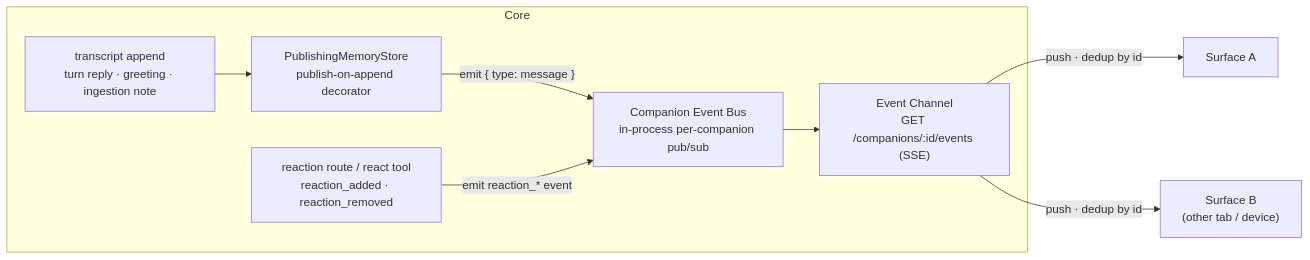
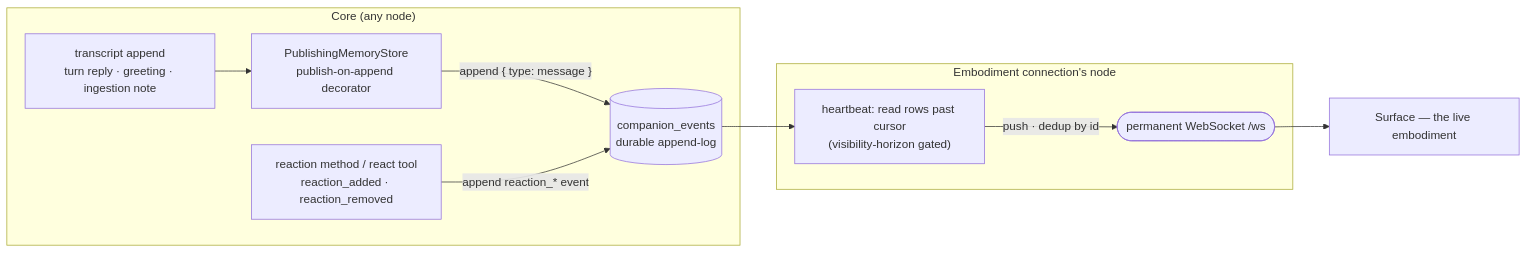
One commit to CobbleStamp/CobbleCompanion changed diagram 12 of 12 in docs/architecture.md. Above: the diagram before and after it, drawn with Mermaid. The commit also changed other lines of this file and 2 other files, not shown here.

````diff
--- a/docs/architecture.md
+++ b/docs/architecture.md
@@ -880,19 +885,21 @@
 ```mermaid
 flowchart LR
-  subgraph CORE["Core"]
+  subgraph CORE["Core (any node)"]
     APPEND["transcript append<br/>turn reply · greeting · ingestion note"]
     PUB["PublishingMemoryStore<br/>publish-on-append decorator"]
-    REACT["reaction route / react tool<br/>reaction_added · reaction_removed"]
-    BUS["Companion Event Bus<br/>in-process per-companion pub/sub"]
-    CHAN["Event Channel<br/>GET /companions/:id/events (SSE)"]
+    REACT["reaction method / react tool<br/>reaction_added · reaction_removed"]
+    LOG[("companion_events<br/>durable append-log")]
   end
-  S1["Surface A"]
-  S2["Surface B<br/>(other tab / device)"]
+  subgraph NODE["Embodiment connection's node"]
+    HB["heartbeat: read rows past cursor<br/>(visibility-horizon gated)"]
+    WS(["permanent WebSocket /ws"])
+  end
+  S1["Surface — the live embodiment"]
 
   APPEND --> PUB
-  PUB -->|"emit { type: message }"| BUS
-  REACT -->|emit reaction_* event| BUS
-  BUS --> CHAN
-  CHAN -->|"push · dedup by id"| S1
-  CHAN -->|"push · dedup by id"| S2
+  PUB -->|"append { type: message }"| LOG
+  REACT -->|append reaction_* event| LOG
+  LOG --> HB
+  HB -->|"push · dedup by id"| WS
+  WS --> S1
 ```
````
